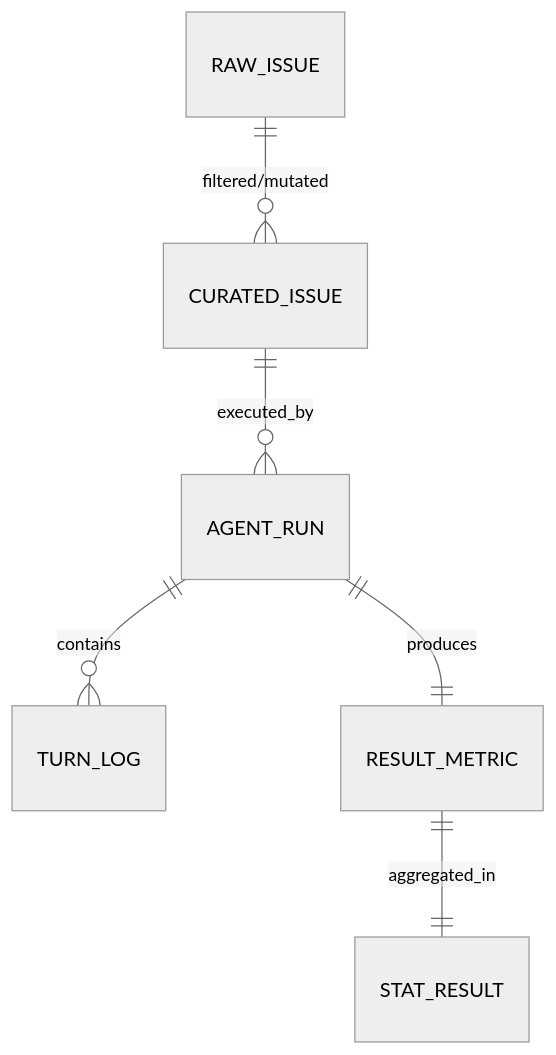
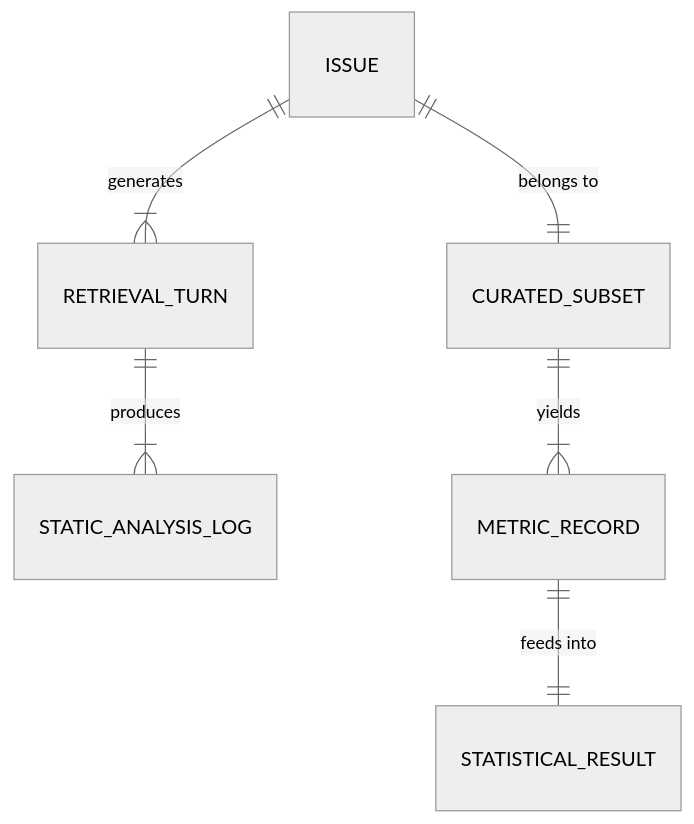
One commit to ContextLab/llmXive changed the diagram in projects/PROJ-897-llmxive-follow-up-extending-swe-explore/specs/001-llmxive-follow-up-extending-swe-explore/data-model.md. Above: the diagram before and after it, drawn with Mermaid (neutral theme). The commit also changed other lines of this file and 64 other files, not shown here.

````diff
--- a/projects/PROJ-897-llmxive-follow-up-extending-swe-explore/specs/001-llmxive-follow-up-extending-swe-explore/data-model.md
+++ b/projects/PROJ-897-llmxive-follow-up-extending-swe-explore/specs/001-llmxive-follow-up-extending-swe-explore/data-model.md
@@ -9,8 +9,8 @@
 ```mermaid
 erDiagram
-    RAW_ISSUE ||--o{ CURATED_ISSUE : "filtered/mutated"
-    CURATED_ISSUE ||--o{ AGENT_RUN : "executed_by"
-    AGENT_RUN ||--o{ TURN_LOG : "contains"
-    AGENT_RUN ||--|| RESULT_METRIC : "produces"
-    RESULT_METRIC ||--|| STAT_RESULT : "aggregated_in"
+    ISSUE ||--|{ RETRIEVAL_TURN : "generates"
+    ISSUE ||--|| CURATED_SUBSET : "belongs to"
+    RETRIEVAL_TURN ||--|{ STATIC_ANALYSIS_LOG : "produces"
+    CURATED_SUBSET ||--|{ METRIC_RECORD : "yields"
+    METRIC_RECORD ||--|| STATISTICAL_RESULT : "feeds into"
 ```
````
